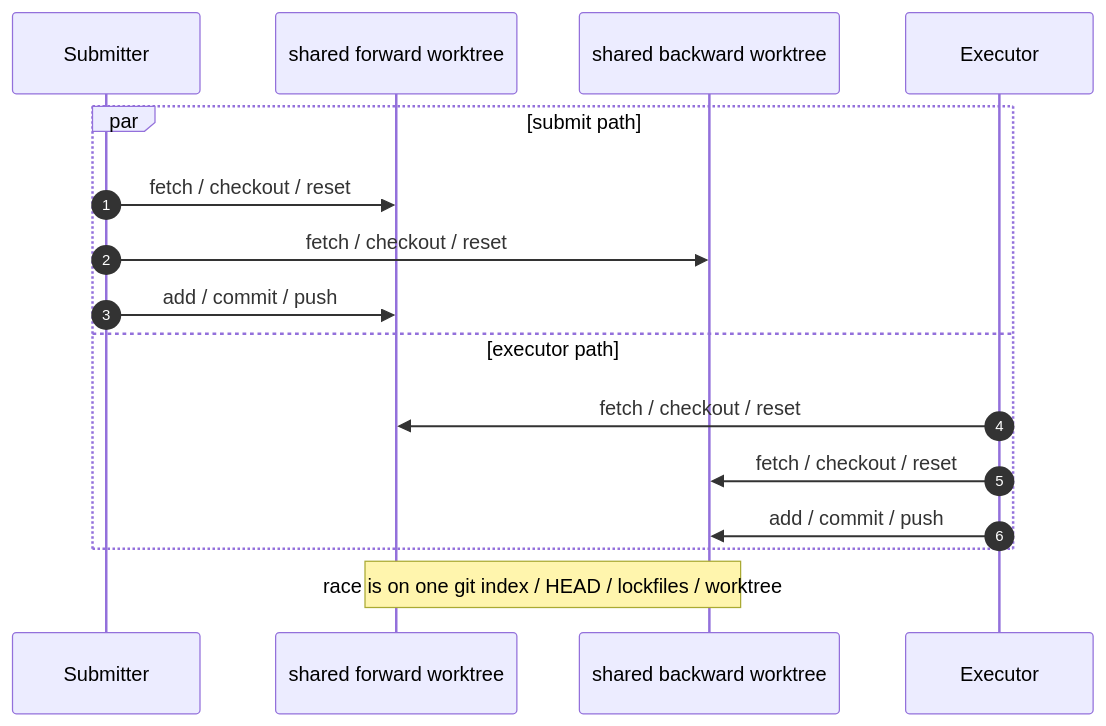
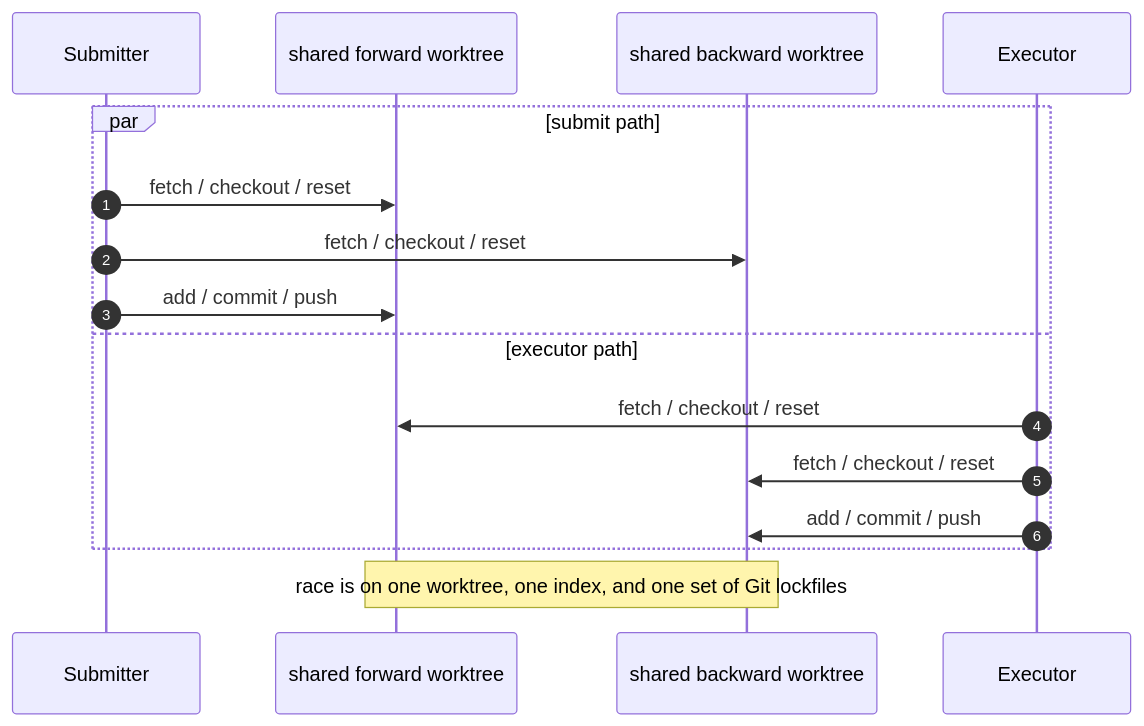
The third of 3 diagrams in DESIGN.md (hyjack-00/AgentExecTunnel), drawn with Mermaid before and after one commit. The commit also changed other lines of this file, not shown here.

````diff
--- a/DESIGN.md
+++ b/DESIGN.md
@@ -185,20 +243,20 @@
 ```mermaid
 sequenceDiagram
     autonumber
     participant S as Submitter
     participant F as shared forward worktree
     participant B as shared backward worktree
     participant E as Executor
 
     par submit path
         S->>F: fetch / checkout / reset
         S->>B: fetch / checkout / reset
         S->>F: add / commit / push
     and executor path
         E->>F: fetch / checkout / reset
         E->>B: fetch / checkout / reset
         E->>B: add / commit / push
     end
 
-    Note over F,B: race is on one git index / HEAD / lockfiles / worktree
+    Note over F,B: race is on one worktree, one index, and one set of Git lockfiles
 ```
````
